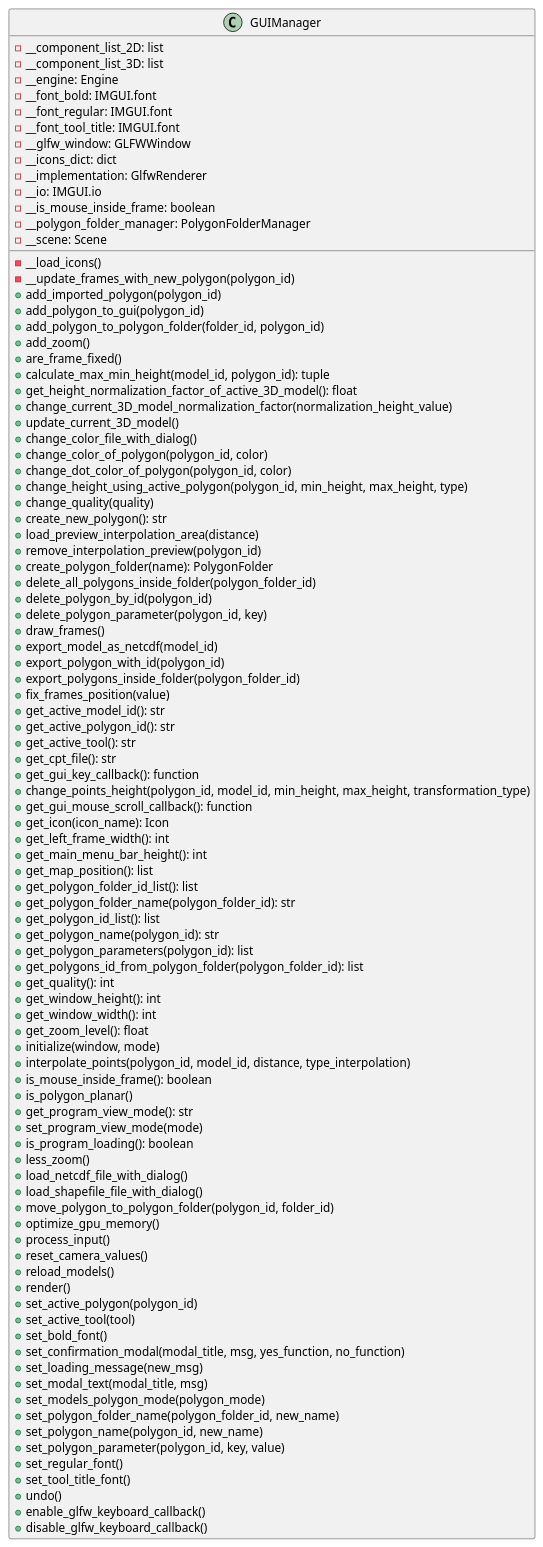
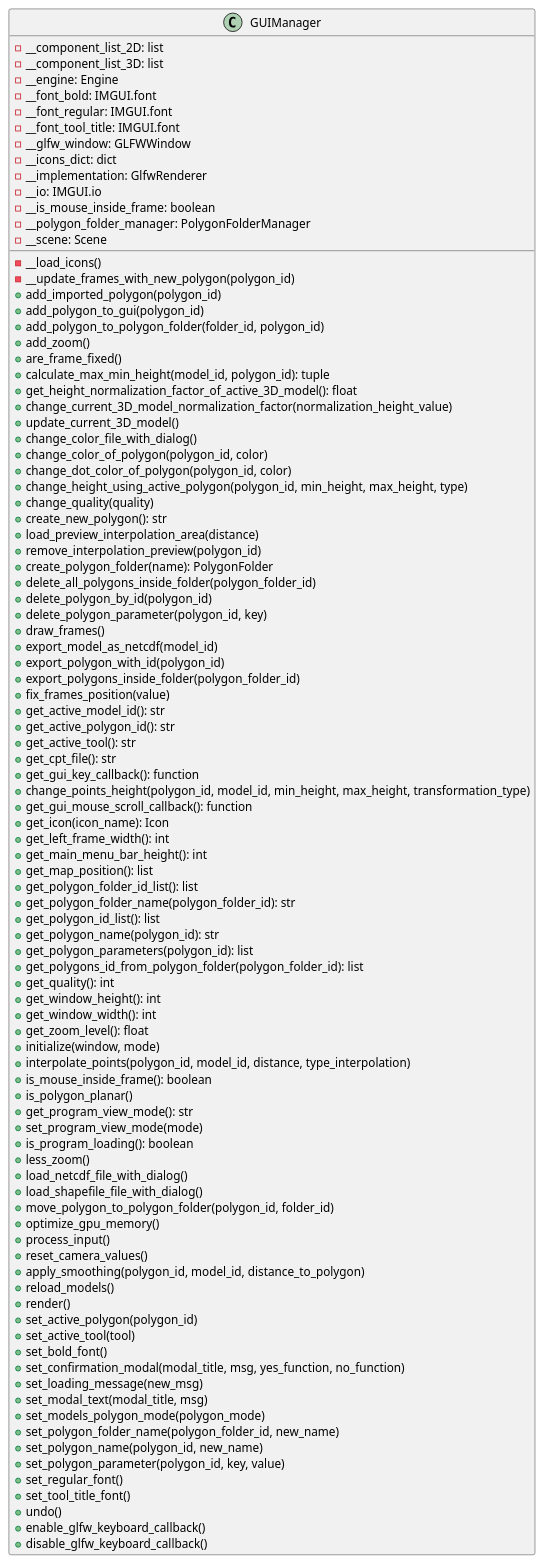
Before and after one commit to ferpoble2/Relief_Creator: the diagram in docs/classes/GUIManager.puml, drawn with PlantUML. The commit also changed 8 other files, not shown here.

First line of the commit message:
Added smoothing algorith to the program. must have a polygon.

```diff
--- a/docs/classes/GUIManager.puml
+++ b/docs/classes/GUIManager.puml
@@ -1,99 +1,100 @@
 @startuml
 'https://plantuml.com/class-diagram
 class GUIManager{
     - __component_list_2D: list
     - __component_list_3D: list
     - __engine: Engine
     - __font_bold: IMGUI.font
     - __font_regular: IMGUI.font
     - __font_tool_title: IMGUI.font
     - __glfw_window: GLFWWindow
     - __icons_dict: dict
     - __implementation: GlfwRenderer
     - __io: IMGUI.io
     - __is_mouse_inside_frame: boolean
     - __polygon_folder_manager: PolygonFolderManager
     - __scene: Scene
 
     - __load_icons()
     - __update_frames_with_new_polygon(polygon_id)
     + add_imported_polygon(polygon_id)
     + add_polygon_to_gui(polygon_id)
     + add_polygon_to_polygon_folder(folder_id, polygon_id)
     + add_zoom()
     + are_frame_fixed()
     + calculate_max_min_height(model_id, polygon_id): tuple
     + get_height_normalization_factor_of_active_3D_model(): float
     + change_current_3D_model_normalization_factor(normalization_height_value)
     + update_current_3D_model()
     + change_color_file_with_dialog()
     + change_color_of_polygon(polygon_id, color)
     + change_dot_color_of_polygon(polygon_id, color)
     + change_height_using_active_polygon(polygon_id, min_height, max_height, type)
     + change_quality(quality)
     + create_new_polygon(): str
     + load_preview_interpolation_area(distance)
     + remove_interpolation_preview(polygon_id)
     + create_polygon_folder(name): PolygonFolder
     + delete_all_polygons_inside_folder(polygon_folder_id)
     + delete_polygon_by_id(polygon_id)
     + delete_polygon_parameter(polygon_id, key)
     + draw_frames()
     + export_model_as_netcdf(model_id)
     + export_polygon_with_id(polygon_id)
     + export_polygons_inside_folder(polygon_folder_id)
     + fix_frames_position(value)
     + get_active_model_id(): str
     + get_active_polygon_id(): str
     + get_active_tool(): str
     + get_cpt_file(): str
     + get_gui_key_callback(): function
     + change_points_height(polygon_id, model_id, min_height, max_height, transformation_type)
     + get_gui_mouse_scroll_callback(): function
     + get_icon(icon_name): Icon
     + get_left_frame_width(): int
     + get_main_menu_bar_height(): int
     + get_map_position(): list
     + get_polygon_folder_id_list(): list
     + get_polygon_folder_name(polygon_folder_id): str
     + get_polygon_id_list(): list
     + get_polygon_name(polygon_id): str
     + get_polygon_parameters(polygon_id): list
     + get_polygons_id_from_polygon_folder(polygon_folder_id): list
     + get_quality(): int
     + get_window_height(): int
     + get_window_width(): int
     + get_zoom_level(): float
     + initialize(window, mode)
     + interpolate_points(polygon_id, model_id, distance, type_interpolation)
     + is_mouse_inside_frame(): boolean
     + is_polygon_planar()
     + get_program_view_mode(): str
     + set_program_view_mode(mode)
     + is_program_loading(): boolean
     + less_zoom()
     + load_netcdf_file_with_dialog()
     + load_shapefile_file_with_dialog()
     + move_polygon_to_polygon_folder(polygon_id, folder_id)
     + optimize_gpu_memory()
     + process_input()
     + reset_camera_values()
+    + apply_smoothing(polygon_id, model_id, distance_to_polygon)
     + reload_models()
     + render()
     + set_active_polygon(polygon_id)
     + set_active_tool(tool)
     + set_bold_font()
     + set_confirmation_modal(modal_title, msg, yes_function, no_function)
     + set_loading_message(new_msg)
     + set_modal_text(modal_title, msg)
     + set_models_polygon_mode(polygon_mode)
     + set_polygon_folder_name(polygon_folder_id, new_name)
     + set_polygon_name(polygon_id, new_name)
     + set_polygon_parameter(polygon_id, key, value)
     + set_regular_font()
     + set_tool_title_font()
     + undo()
     + enable_glfw_keyboard_callback()
     + disable_glfw_keyboard_callback()
 }
 @enduml
```
